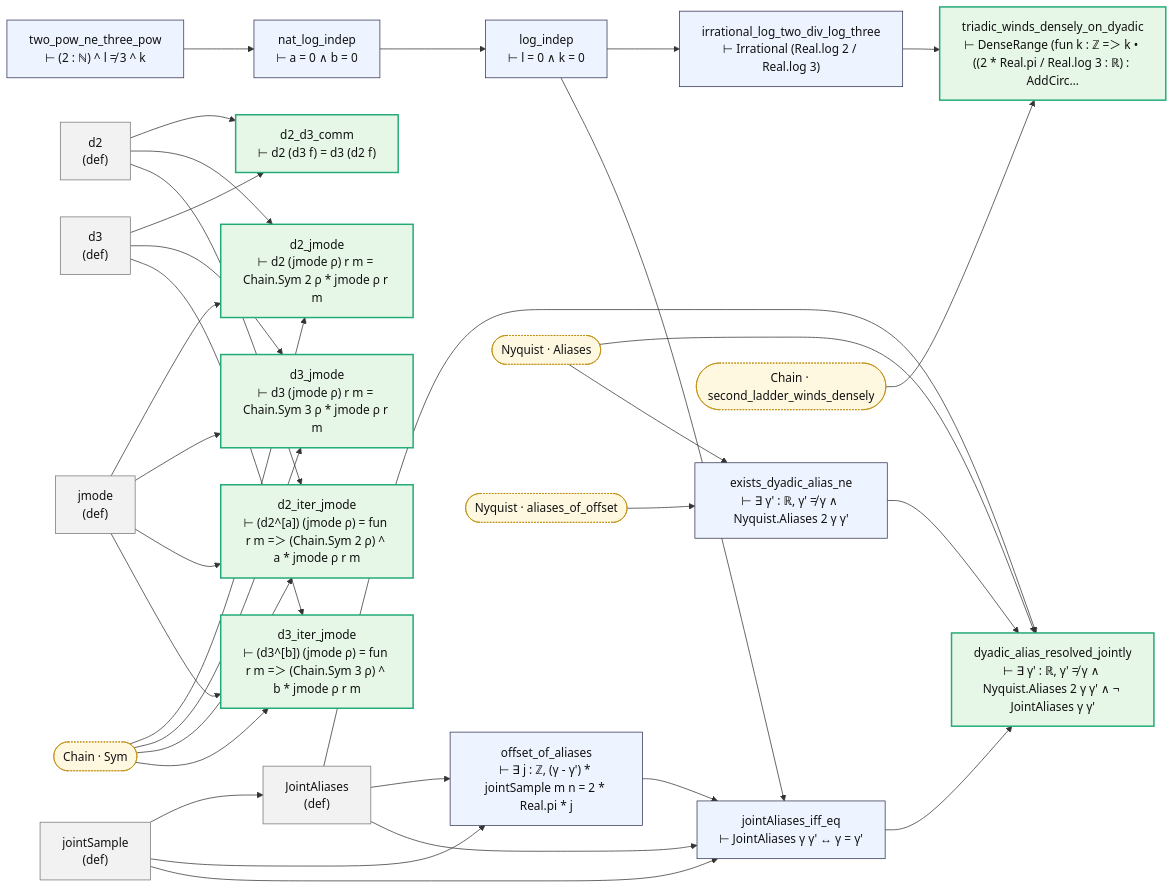
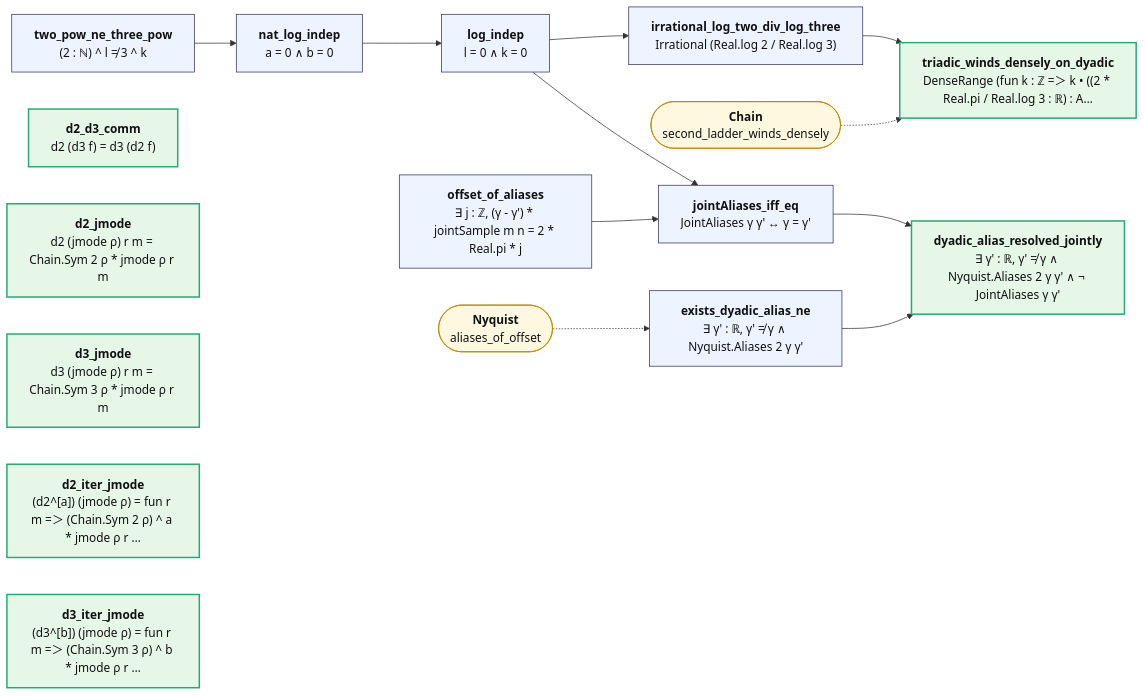
One commit to juliansambranojr/Primebeat_081426 changed the diagram in map/lean/JointLadder.md. Above: the diagram before and after it, drawn with Mermaid. The commit also changed other lines of this file and 387 other files, not shown here.

````diff
--- a/map/lean/JointLadder.md
+++ b/map/lean/JointLadder.md
@@ -8,64 +12,34 @@
 ```mermaid
 flowchart LR
-  n0["two_pow_ne_three_pow<br/>⊢ (2 : ℕ) ^ l ≠ 3 ^ k"]:::thm
-  n1["nat_log_indep<br/>⊢ a = 0 ∧ b = 0"]:::thm
-  n2["log_indep<br/>⊢ l = 0 ∧ k = 0"]:::thm
-  n3["irrational_log_two_div_log_three<br/>⊢ Irrational (Real.log 2 / Real.log 3)"]:::thm
-  n4["triadic_winds_densely_on_dyadic<br/>⊢ DenseRange (fun k : ℤ =＞ k • ((2 * Real.pi / Real.log 3 : ℝ) : AddCirc…"]:::end_
-  n5["jointSample<br/>(def)"]:::dfn
-  n6["JointAliases<br/>(def)"]:::dfn
-  n7["offset_of_aliases<br/>⊢ ∃ j : ℤ, (γ - γ') * jointSample m n = 2 * Real.pi * j"]:::thm
-  n8["jointAliases_iff_eq<br/>⊢ JointAliases γ γ' ↔ γ = γ'"]:::thm
-  n9["exists_dyadic_alias_ne<br/>⊢ ∃ γ' : ℝ, γ' ≠ γ ∧ Nyquist.Aliases 2 γ γ'"]:::thm
-  n10["dyadic_alias_resolved_jointly<br/>⊢ ∃ γ' : ℝ, γ' ≠ γ ∧ Nyquist.Aliases 2 γ γ' ∧ ¬ JointAliases γ γ'"]:::end_
-  n11["jmode<br/>(def)"]:::dfn
-  n12["d2<br/>(def)"]:::dfn
-  n13["d3<br/>(def)"]:::dfn
-  n14["d2_d3_comm<br/>⊢ d2 (d3 f) = d3 (d2 f)"]:::end_
-  n15["d2_jmode<br/>⊢ d2 (jmode ρ) r m = Chain.Sym 2 ρ * jmode ρ r m"]:::end_
-  n16["d3_jmode<br/>⊢ d3 (jmode ρ) r m = Chain.Sym 3 ρ * jmode ρ r m"]:::end_
-  n17["d2_iter_jmode<br/>⊢ (d2^[a]) (jmode ρ) = fun r m =＞ (Chain.Sym 2 ρ) ^ a * jmode ρ r m"]:::end_
-  n18["d3_iter_jmode<br/>⊢ (d3^[b]) (jmode ρ) = fun r m =＞ (Chain.Sym 3 ρ) ^ b * jmode ρ r m"]:::end_
-  x0(["Chain · Sym"]):::ext
-  x1(["Chain · second_ladder_winds_densely"]):::ext
-  x2(["Nyquist · Aliases"]):::ext
-  x3(["Nyquist · aliases_of_offset"]):::ext
+  n0["<b>two_pow_ne_three_pow</b><br/>(2 : ℕ) ^ l ≠ 3 ^ k"]:::thm
+  n1["<b>nat_log_indep</b><br/>a = 0 ∧ b = 0"]:::thm
+  n2["<b>log_indep</b><br/>l = 0 ∧ k = 0"]:::thm
+  n3["<b>irrational_log_two_div_log_three</b><br/>Irrational (Real.log 2 / Real.log 3)"]:::thm
+  n4["<b>triadic_winds_densely_on_dyadic</b><br/>DenseRange (fun k : ℤ =＞ k • ((2 * Real.pi / Real.log 3 : ℝ) : A…"]:::end_
+  n5["<b>offset_of_aliases</b><br/>∃ j : ℤ, (γ - γ') * jointSample m n = 2 * Real.pi * j"]:::thm
+  n6["<b>jointAliases_iff_eq</b><br/>JointAliases γ γ' ↔ γ = γ'"]:::thm
+  n7["<b>exists_dyadic_alias_ne</b><br/>∃ γ' : ℝ, γ' ≠ γ ∧ Nyquist.Aliases 2 γ γ'"]:::thm
+  n8["<b>dyadic_alias_resolved_jointly</b><br/>∃ γ' : ℝ, γ' ≠ γ ∧ Nyquist.Aliases 2 γ γ' ∧ ¬ JointAliases γ γ'"]:::end_
+  n9["<b>d2_d3_comm</b><br/>d2 (d3 f) = d3 (d2 f)"]:::end_
+  n10["<b>d2_jmode</b><br/>d2 (jmode ρ) r m = Chain.Sym 2 ρ * jmode ρ r m"]:::end_
+  n11["<b>d3_jmode</b><br/>d3 (jmode ρ) r m = Chain.Sym 3 ρ * jmode ρ r m"]:::end_
+  n12["<b>d2_iter_jmode</b><br/>(d2^[a]) (jmode ρ) = fun r m =＞ (Chain.Sym 2 ρ) ^ a * jmode ρ r …"]:::end_
+  n13["<b>d3_iter_jmode</b><br/>(d3^[b]) (jmode ρ) = fun r m =＞ (Chain.Sym 3 ρ) ^ b * jmode ρ r …"]:::end_
+  x0(["<b>Chain</b><br/>second_ladder_winds_densely"]):::ext
+  x1(["<b>Nyquist</b><br/>aliases_of_offset"]):::ext
   n0 --> n1
   n1 --> n2
-  n11 --> n15
-  n11 --> n16
-  n11 --> n17
-  n11 --> n18
-  n12 --> n14
-  n12 --> n15
-  n12 --> n17
-  n13 --> n14
-  n13 --> n16
-  n13 --> n18
   n2 --> n3
-  n2 --> n8
+  n2 --> n6
   n3 --> n4
   n5 --> n6
-  n5 --> n7
-  n5 --> n8
-  n6 --> n10
-  n6 --> n7
   n6 --> n8
   n7 --> n8
-  n8 --> n10
-  n9 --> n10
-  x0 --> n15
-  x0 --> n16
-  x0 --> n17
-  x0 --> n18
-  x1 --> n4
-  x2 --> n10
-  x2 --> n9
-  x3 --> n9
+  x0 -.-> n4
+  x1 -.-> n7
   classDef thm fill:#eef4ff,stroke:#335,color:#111
-  classDef dfn fill:#f2f2f2,stroke:#777,color:#111
   classDef end_ fill:#e7f7e7,stroke:#2a7,color:#111,stroke-width:2px
   classDef lone fill:#fff,stroke:#999,color:#111,stroke-dasharray:4 3
   classDef bad fill:#ffe5e5,stroke:#c22,color:#111,stroke-width:2px
-  classDef ext fill:#fff8e1,stroke:#b80,color:#111,stroke-dasharray:2 2
+  classDef ext fill:#fff8e1,stroke:#b80,color:#111
 ```
````
